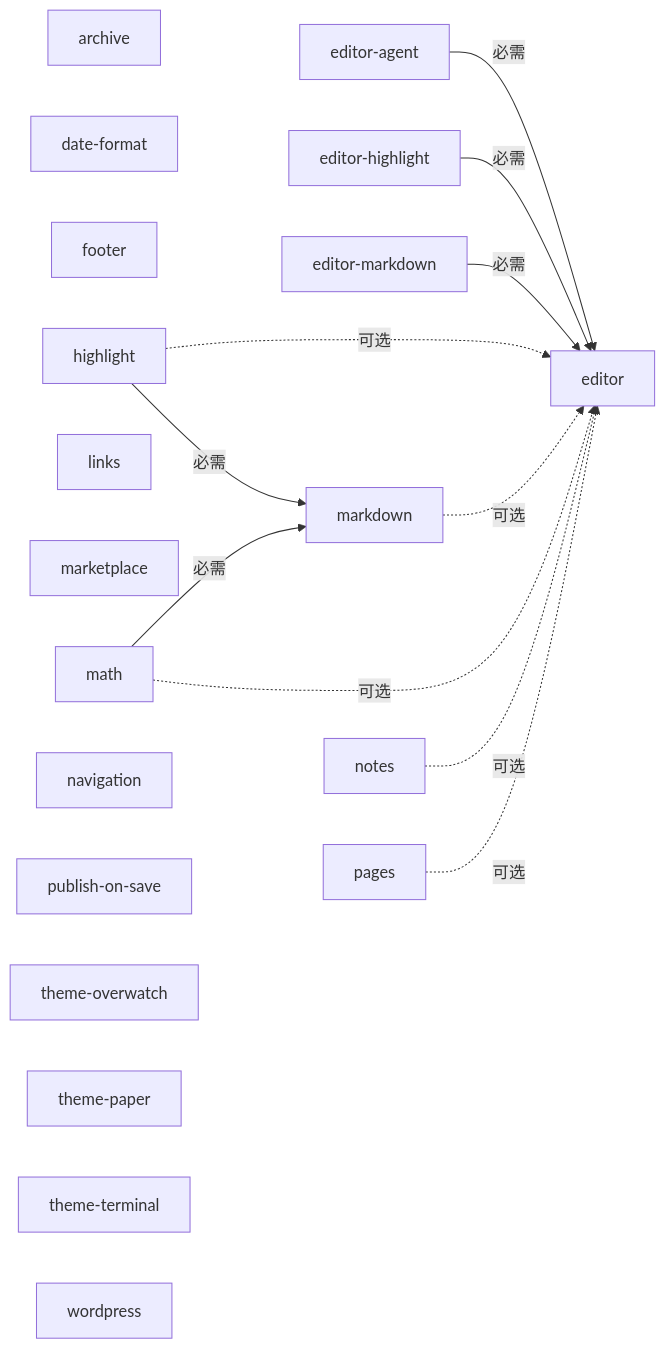
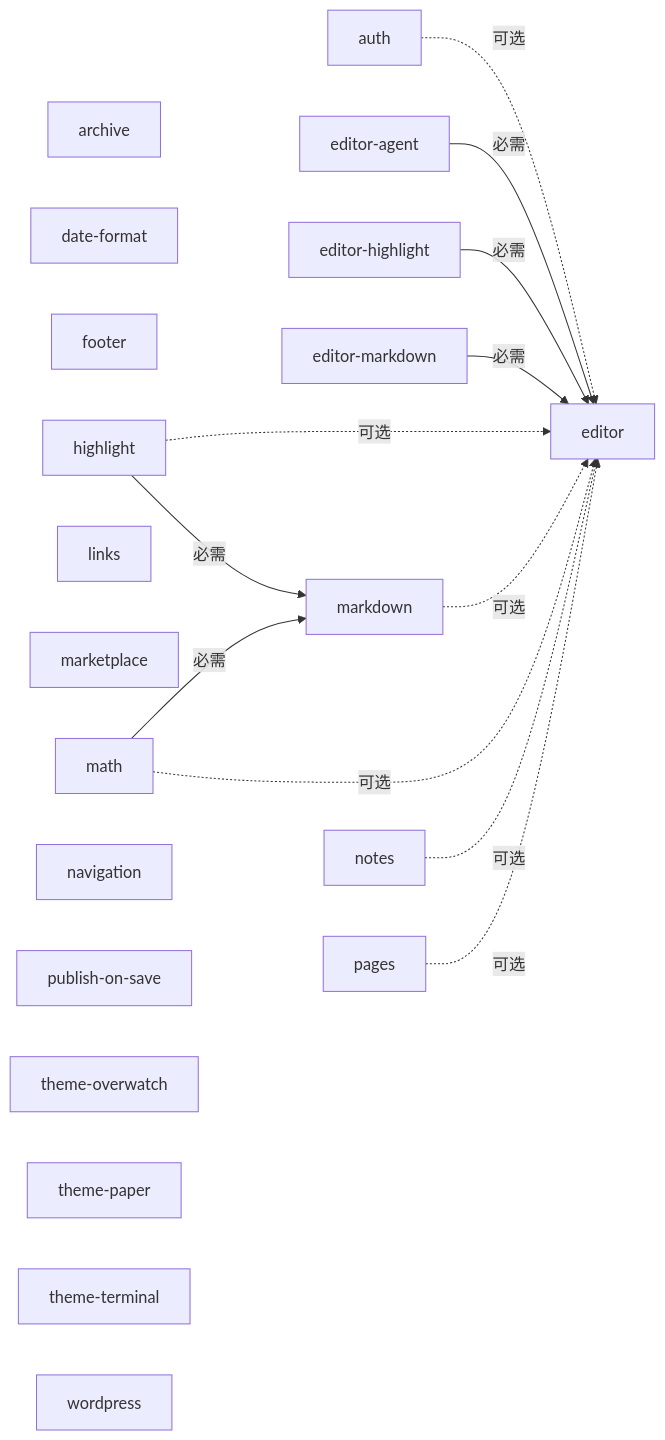
Before and after one commit to Junming-Liang/agent-blog: the diagram in marketplace/README.md, drawn with Mermaid. The commit also changed other lines of this file and 25 other files, not shown here.

````diff
--- a/marketplace/README.md
+++ b/marketplace/README.md
@@ -36,33 +37,35 @@
 ```mermaid
 flowchart LR
   p_archive["archive"]
+  p_auth["auth"]
+  p_auth -. 可选 .-> p_editor
   p_date_format["date-format"]
   p_editor_agent["editor-agent"]
   p_editor_agent -- 必需 --> p_editor
   p_editor_highlight["editor-highlight"]
   p_editor_highlight -- 必需 --> p_editor
   p_editor_markdown["editor-markdown"]
   p_editor_markdown -- 必需 --> p_editor
   p_editor["editor"]
   p_footer["footer"]
   p_highlight["highlight"]
   p_highlight -- 必需 --> p_markdown
   p_highlight -. 可选 .-> p_editor
   p_links["links"]
   p_markdown["markdown"]
   p_markdown -. 可选 .-> p_editor
   p_marketplace["marketplace"]
   p_math["math"]
   p_math -- 必需 --> p_markdown
   p_math -. 可选 .-> p_editor
   p_navigation["navigation"]
   p_notes["notes"]
   p_notes -. 可选 .-> p_editor
   p_pages["pages"]
   p_pages -. 可选 .-> p_editor
   p_publish_on_save["publish-on-save"]
   p_theme_overwatch["theme-overwatch"]
   p_theme_paper["theme-paper"]
   p_theme_terminal["theme-terminal"]
   p_wordpress["wordpress"]
 ```
````
